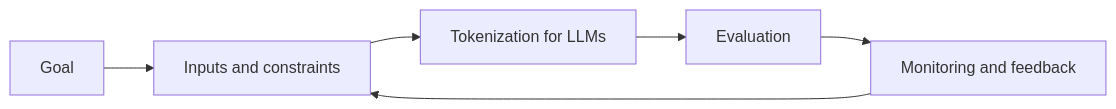
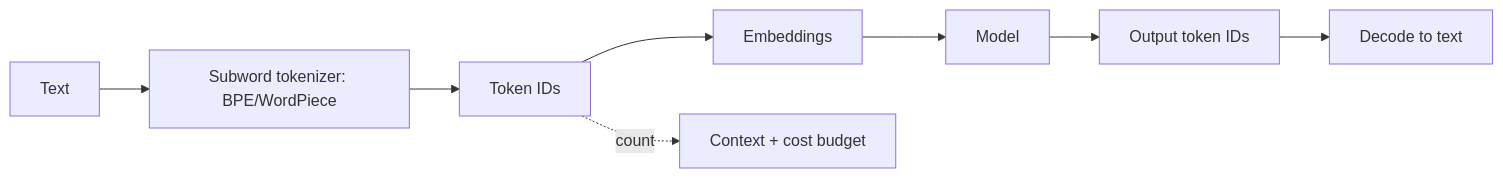
Before and after one commit to Icon1cc/Machine-Learning: the diagram in llms/02-tokenization-for-llms.md, drawn with Mermaid. The commit also changed other lines of this file and 118 other files, not shown here.

````diff
--- a/llms/02-tokenization-for-llms.md
+++ b/llms/02-tokenization-for-llms.md
@@ -93,8 +73,10 @@
 ```mermaid
 flowchart LR
-    A[Goal] --> B[Inputs and constraints]
-    B --> C[Tokenization for LLMs]
-    C --> D[Evaluation]
-    D --> E[Monitoring and feedback]
-    E --> B
+    A[Text] --> B[Subword tokenizer: BPE/WordPiece]
+    B --> C[Token IDs]
+    C --> D[Embeddings]
+    D --> E[Model]
+    E --> F[Output token IDs]
+    F --> G[Decode to text]
+    C -. count .-> H[Context + cost budget]
 ```
````
